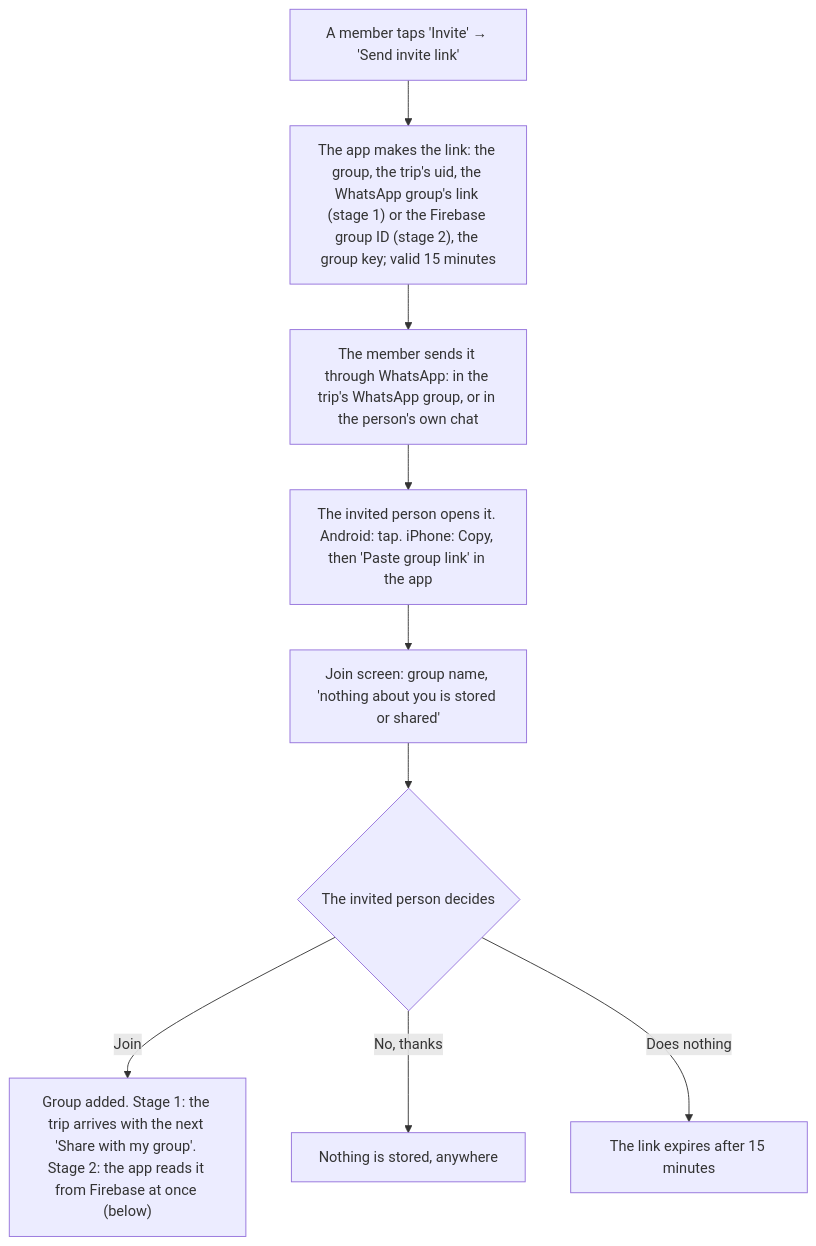
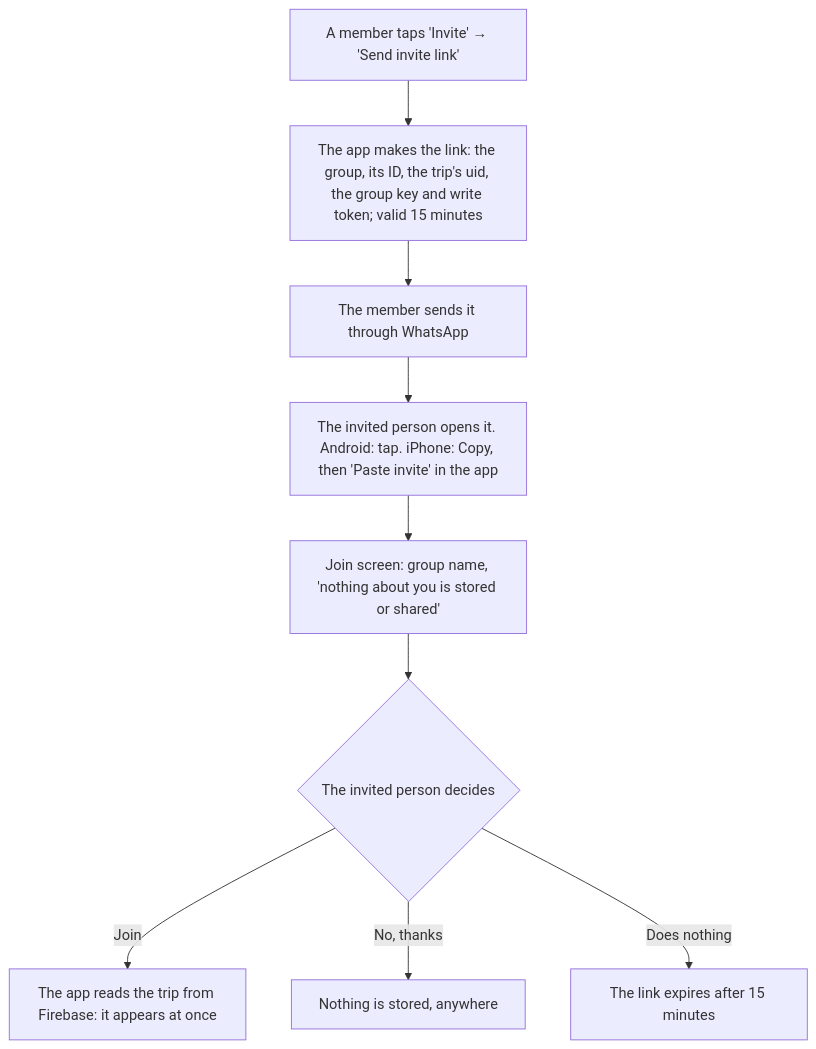
Before and after one commit to projects-rs/trip-map: the second of 3 diagrams in docs/DESIGN.md, drawn with Mermaid. The commit also changed other lines of this file, not shown here.

First line of the commit message:
Design: group trips through Firebase only; discard the WhatsApp stage

````diff
--- a/docs/DESIGN.md
+++ b/docs/DESIGN.md
@@ -1015,11 +950,11 @@
 ```mermaid
 flowchart TD
-    A["A member taps 'Invite' → 'Send invite link'"] --> B["The app makes the link: the group, the trip's uid, the WhatsApp group's link (stage 1) or the Firebase group ID (stage 2), the group key; valid 15 minutes"]
-    B --> C["The member sends it through WhatsApp: in the trip's WhatsApp group, or in the person's own chat"]
-    C --> D["The invited person opens it. Android: tap. iPhone: Copy, then 'Paste group link' in the app"]
+    A["A member taps 'Invite' → 'Send invite link'"] --> B["The app makes the link: the group, its ID, the trip's uid, the group key and write token; valid 15 minutes"]
+    B --> C["The member sends it through WhatsApp"]
+    C --> D["The invited person opens it. Android: tap. iPhone: Copy, then 'Paste invite' in the app"]
     D --> E["Join screen: group name, 'nothing about you is stored or shared'"]
     E --> F{"The invited person decides"}
-    F -->|Join| G["Group added. Stage 1: the trip arrives with the next 'Share with my group'. Stage 2: the app reads it from Firebase at once (below)"]
+    F -->|Join| G["The app reads the trip from Firebase: it appears at once"]
     F -->|"No, thanks"| K["Nothing is stored, anywhere"]
     F -->|"Does nothing"| O["The link expires after 15 minutes"]
 ```
````
